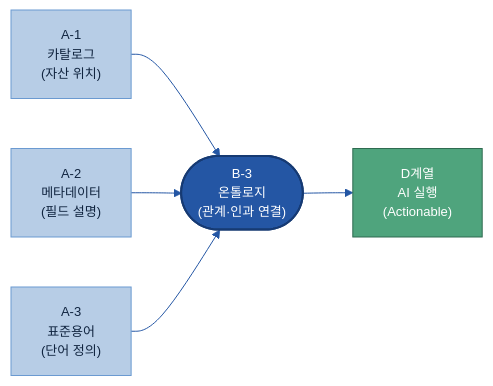
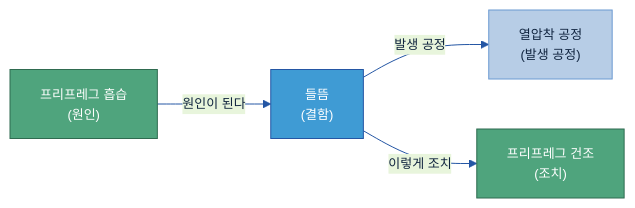
Before and after one commit to jin-kearney/ai-ready-data-manual: the first of 7 diagrams in 가이드 작성/B-3 온톨로지/B-3 온톨로지.md, drawn with Mermaid. The commit also changed other lines of this file and 5 other files, not shown here.

````diff
--- a/가이드 작성/B-3 온톨로지/B-3 온톨로지.md
+++ b/가이드 작성/B-3 온톨로지/B-3 온톨로지.md
@@ -109,16 +66,14 @@
 ```mermaid
-%%{init: {'theme':'base','themeVariables':{'primaryColor':'#DCE8F5','primaryBorderColor':'#2456A4','primaryTextColor':'#10243f','lineColor':'#2456A4','clusterBkg':'#EEF4FB','clusterBorder':'#6B9AD1','fontSize':'13px'}}}%%
+%%{init: {'theme':'base','themeVariables':{'primaryColor':'#DCE8F5','primaryBorderColor':'#2456A4','primaryTextColor':'#10243f','lineColor':'#2456A4','fontSize':'13px'}}}%%
 flowchart LR
-    A1["A-1\n카탈로그\n(자산 위치)"]:::n
-    A2["A-2\n메타데이터\n(필드 설명)"]:::n
-    A3["A-3\n표준용어\n(단어 정의)"]:::n
-    B3(["B-3\n온톨로지\n(관계·인과 연결)"]):::cat
-    D["D계열\nAI 실행\n(Actionable)"]:::loop
-    A1 --> B3
-    A2 --> B3
-    A3 --> B3
-    B3 --> D
+    원인["프리프레그 흡습\n(원인)"]:::loop
+    결함["들뜸\n(결함)"]:::gate
+    공정["열압착 공정\n(발생 공정)"]:::n
+    조치["프리프레그 건조\n(조치)"]:::loop
+    원인 -->|"원인이 된다"| 결함
+    결함 -->|"발생 공정"| 공정
+    결함 -->|"이렇게 조치"| 조치
     classDef n fill:#B7CDE6,stroke:#6B9AD1,color:#10243f;
-    classDef cat fill:#2456A4,color:#fff,stroke:#163a73,stroke-width:2px;
+    classDef gate fill:#3F9BD4,stroke:#2456A4,color:#fff;
     classDef loop fill:#4FA47D,stroke:#2f6b50,color:#fff;
 ```
````
